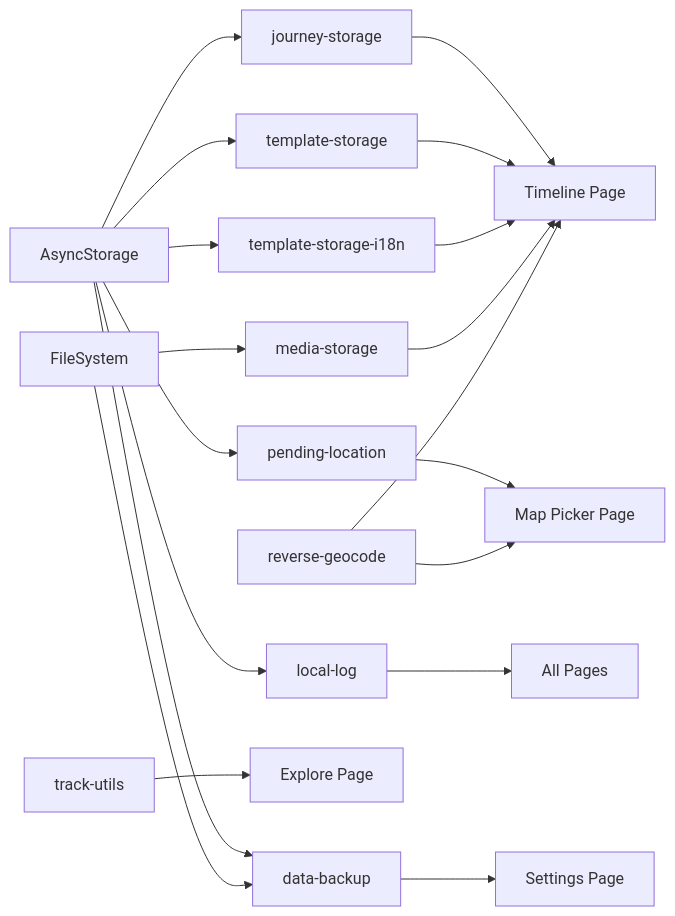
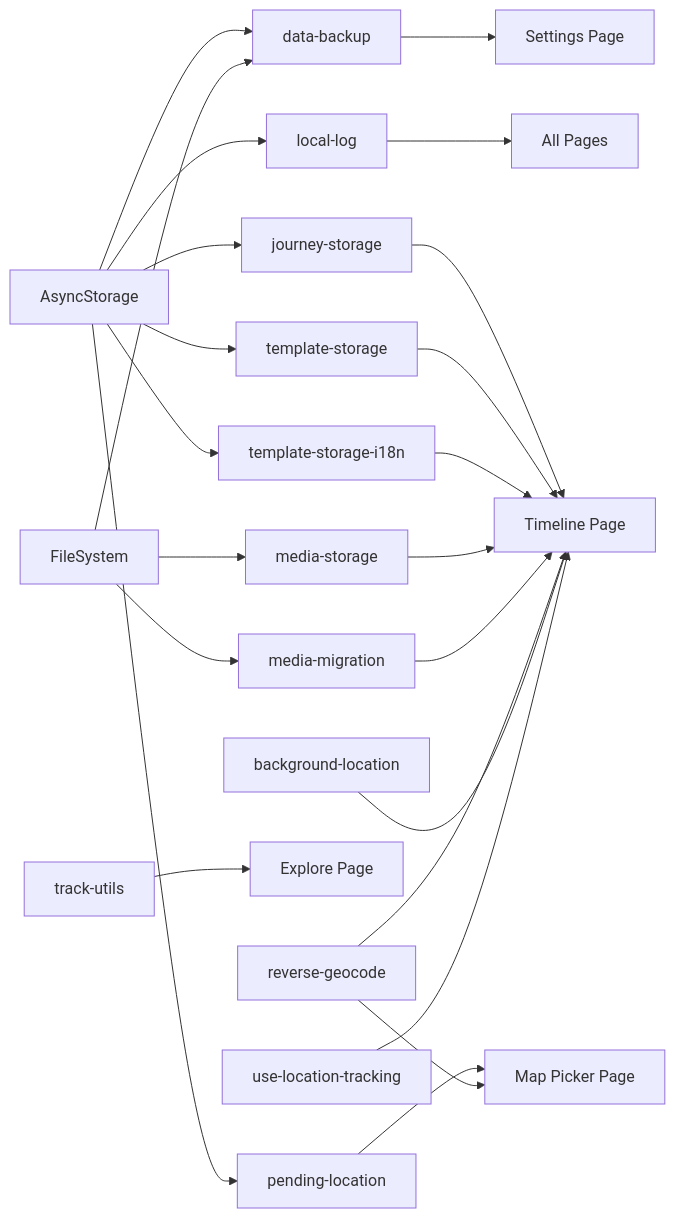
One commit to dsjerry/gowherer-web changed the diagram in docs/en/services.md. Above: the diagram before and after it, drawn with Mermaid. The commit also changed other lines of this file and 9 other files, not shown here.

````diff
--- a/docs/en/services.md
+++ b/docs/en/services.md
@@ -335,24 +412,28 @@
 ```mermaid
 flowchart LR
     Storage[AsyncStorage] --> JourneyStorage[journey-storage]
     Storage --> TemplateStorage[template-storage]
     Storage --> TemplateI18n[template-storage-i18n]
     Storage --> PendingLocation[pending-location]
     Storage --> LocalLog[local-log]
     Storage --> DataBackup[data-backup]
 
     FileSystem[FileSystem] --> MediaStorage[media-storage]
+    FileSystem --> MediaMigration[media-migration]
     FileSystem --> DataBackup
 
     JourneyStorage --> JourneyPage[Timeline Page]
     TemplateStorage --> JourneyPage
     TemplateI18n --> JourneyPage
     PendingLocation --> LocationPicker[Map Picker Page]
     DataBackup --> SettingsPage[Settings Page]
 
     TrackUtils[track-utils] --> ExplorePage[Explore Page]
     MediaStorage --> JourneyPage
+    MediaMigration --> JourneyPage
     ReverseGeocode[reverse-geocode] --> LocationPicker
     ReverseGeocode --> JourneyPage
+    BackgroundLocation[background-location] --> JourneyPage
+    LocationTracking[use-location-tracking] --> JourneyPage
     LocalLog --> AllPages[All Pages]
 ```
````
